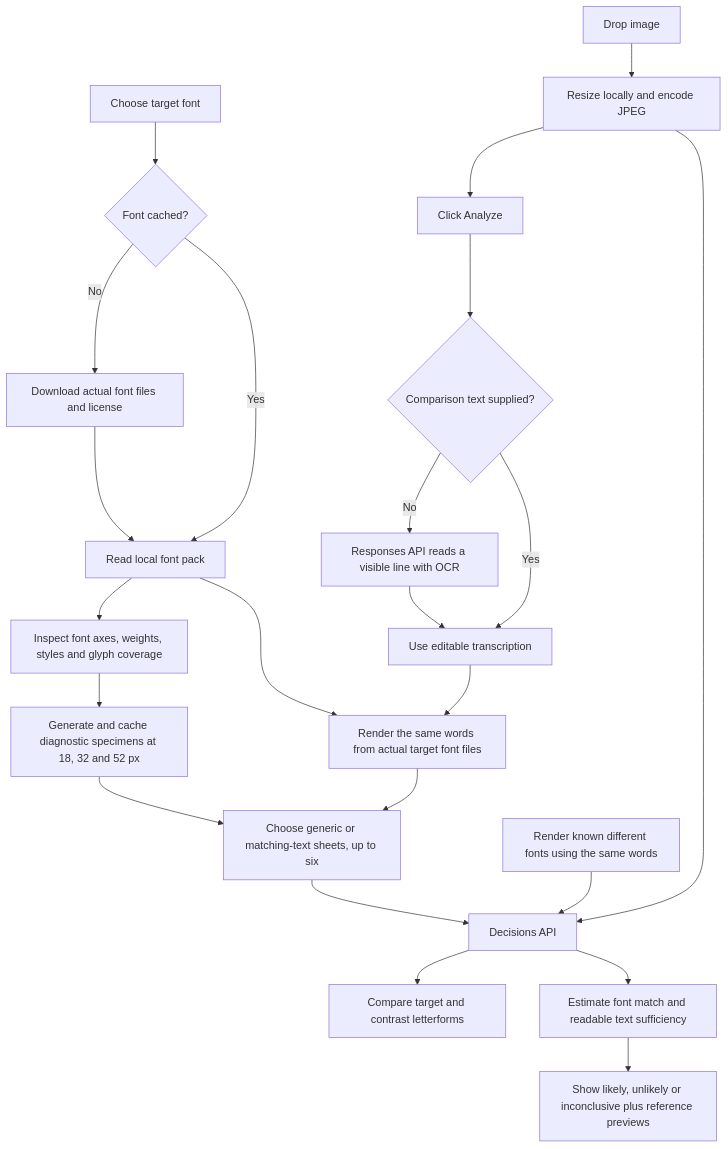
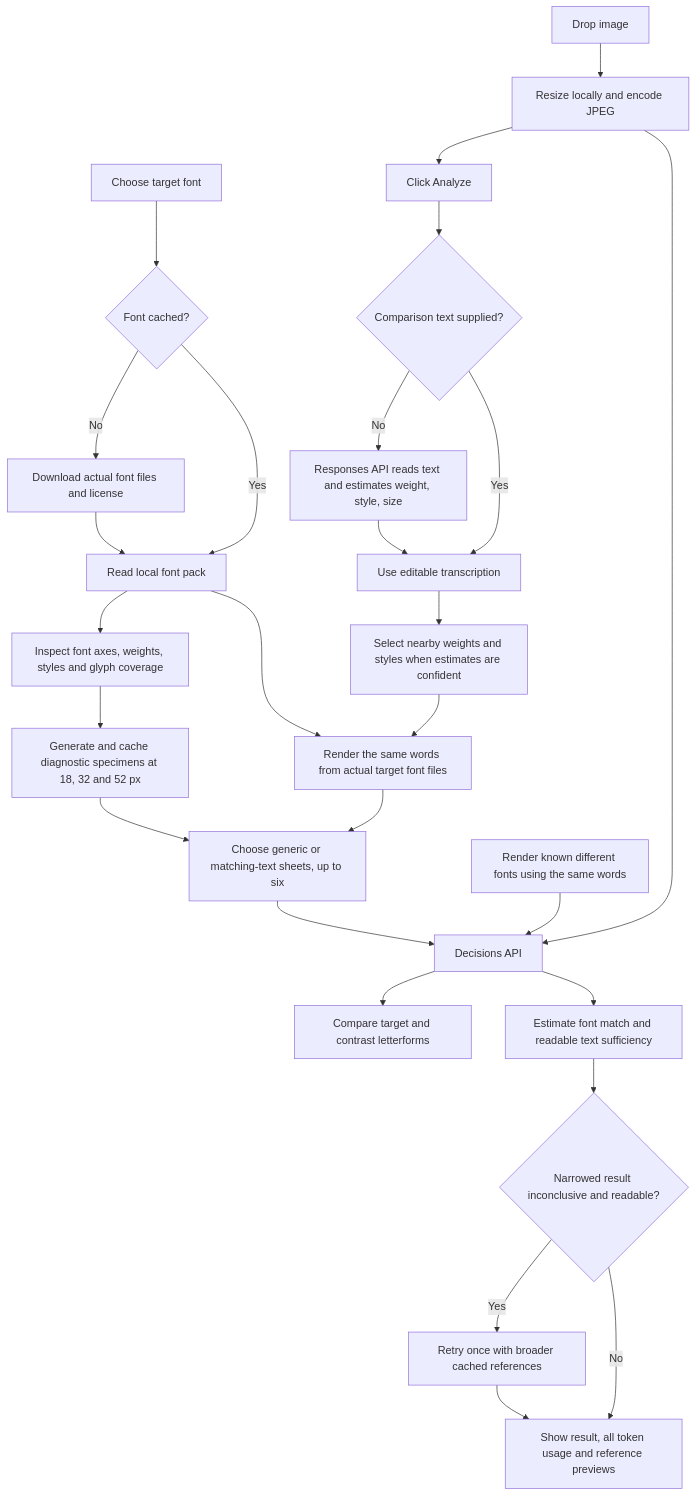
One commit to DannyRuchtie/FontsChecker changed the diagram in README.md. Above: the diagram before and after it, drawn with Mermaid. The commit also changed other lines of this file and 6 other files, not shown here.

Commit message:
Select font references from image typography with broader fallback

````diff
--- a/README.md
+++ b/README.md
@@ -18,25 +18,29 @@
 ```mermaid
 flowchart TD
     A[Choose target font] --> B{Font cached?}
     B -->|No| C[Download actual font files and license]
     B -->|Yes| D[Read local font pack]
     C --> D
     D --> E[Inspect font axes, weights, styles and glyph coverage]
     E --> F[Generate and cache diagnostic specimens at 18, 32 and 52 px]
     G[Drop image] --> H[Resize locally and encode JPEG]
     H --> I[Click Analyze]
     I --> J{Comparison text supplied?}
-    J -->|No| K[Responses API reads a visible line with OCR]
+    J -->|No| K[Responses API reads text and estimates weight, style, size]
     J -->|Yes| L[Use editable transcription]
     K --> L
-    L --> M[Render the same words from actual target font files]
+    L --> T[Select nearby weights and styles when estimates are confident]
+    T --> M[Render the same words from actual target font files]
     D --> M
     F --> N[Choose generic or matching-text sheets, up to six]
     M --> N
     H --> O[Decisions API]
     N --> O
     R[Render known different fonts using the same words] --> O
     O --> S[Compare target and contrast letterforms]
     O --> P[Estimate font match and readable text sufficiency]
-    P --> Q[Show likely, unlikely or inconclusive plus reference previews]
+    P --> U{Narrowed result inconclusive and readable?}
+    U -->|Yes| V[Retry once with broader cached references]
+    V --> Q[Show result, all token usage and reference previews]
+    U -->|No| Q
 ```
````
